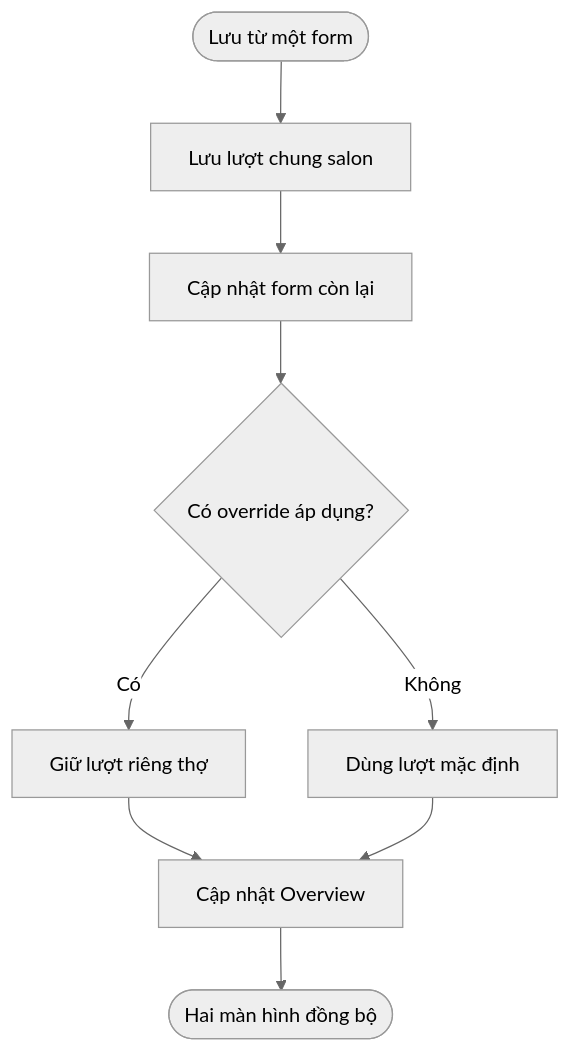
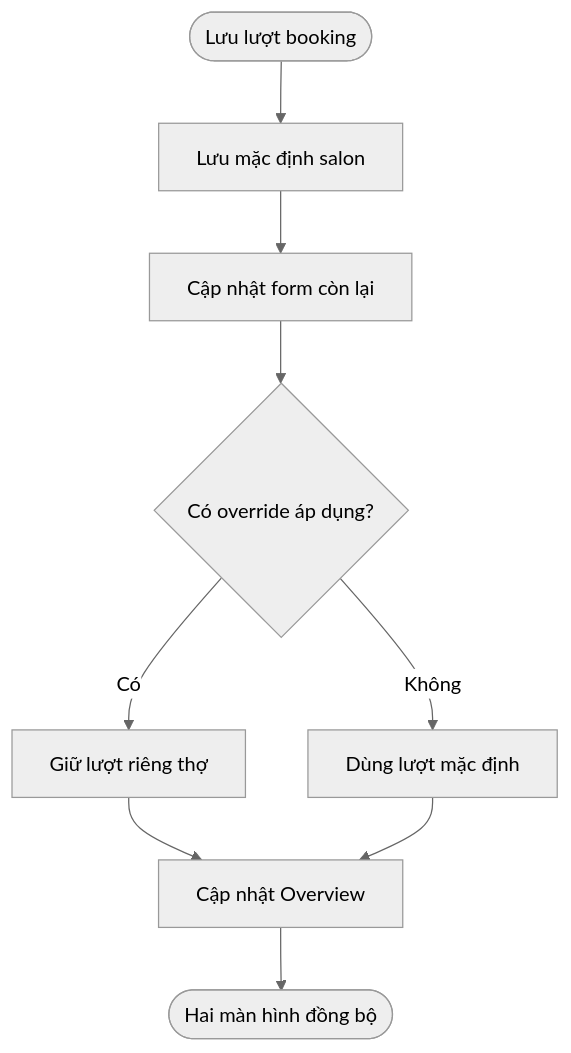
The second of 4 diagrams in docs/business/weighted-turn-settings.md (maivtn/taxiq), drawn with Mermaid (neutral theme) before and after one commit. The commit also changed other lines of this file and 6 other files, not shown here.

````diff
--- a/docs/business/weighted-turn-settings.md
+++ b/docs/business/weighted-turn-settings.md
@@ -152,11 +152,11 @@
 ```mermaid
 flowchart TD
-    A([Lưu từ một form]) --> B[Lưu lượt chung salon]
+    A([Lưu lượt booking]) --> B[Lưu mặc định salon]
     B --> C[Cập nhật form còn lại]
     C --> D{Có override áp dụng?}
     D -- Có --> E[Giữ lượt riêng thợ]
     D -- Không --> F[Dùng lượt mặc định]
     E --> G[Cập nhật Overview]
     F --> G
     G --> H([Hai màn hình đồng bộ])
 ```
````
